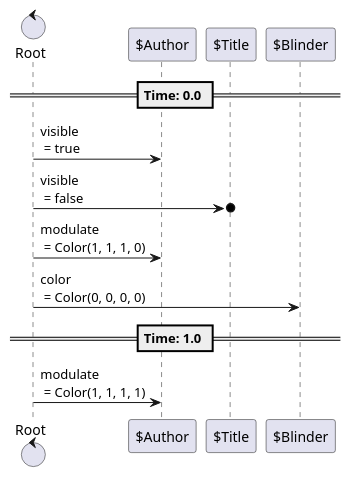
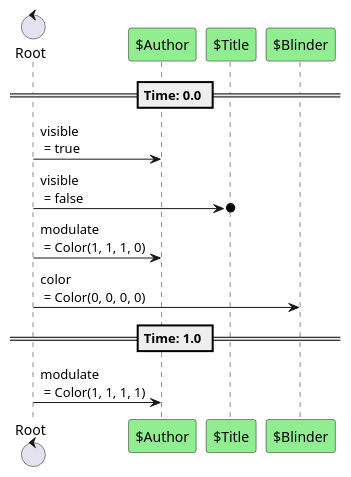
The fourth of 5 diagrams in content/scenes/src/beginning/screen/screen.tscn.adoc (tkmfujise/Platformer-Game-Learning), drawn with PlantUML before and after one commit. The commit also changed other lines of this file and 67 other files, not shown here.

```diff
--- a/content/scenes/src/beginning/screen/screen.tscn.adoc
+++ b/content/scenes/src/beginning/screen/screen.tscn.adoc
@@ -209,19 +209,19 @@
 [plantuml]
 ....
 control "Root" as R
-participant "$Author" as T0
-participant "$Title" as T1
-participant "$Blinder" as T3
+participant "$Author" as T0 #90EE90
+participant "$Title" as T1 #90EE90
+participant "$Blinder" as T3 #90EE90
 
 
 
 == Time: 0.0 ==
 R  ->  T0 : visible\n = true
 R  ->o  T1 : visible\n = false
 R  ->  T0 : modulate\n = Color(1, 1, 1, 0)
 R  ->  T3 : color\n = Color(0, 0, 0, 0)
 == Time: 1.0 ==
 R  ->  T0 : modulate\n = Color(1, 1, 1, 1)
 
 
 ....
```
